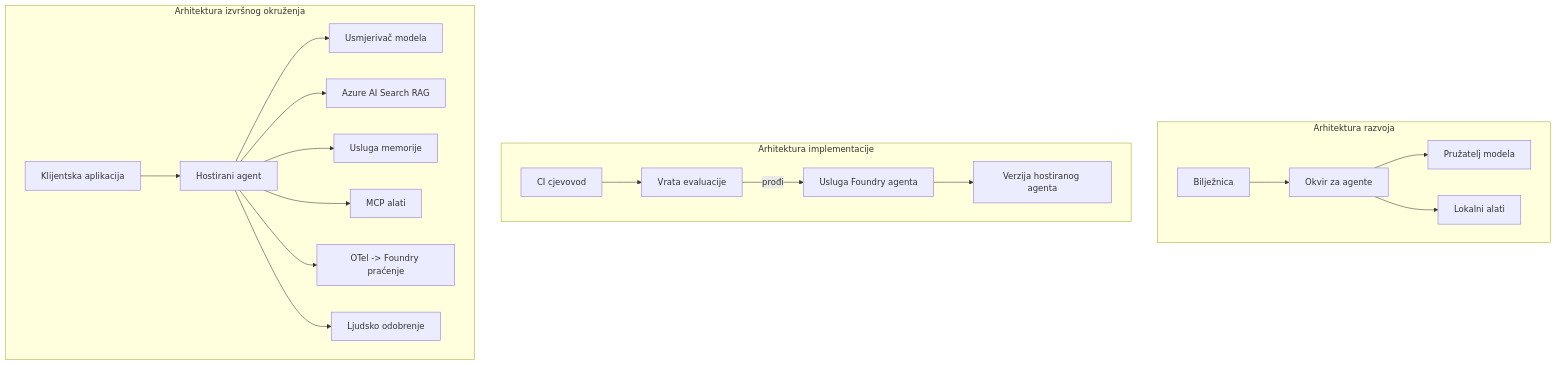
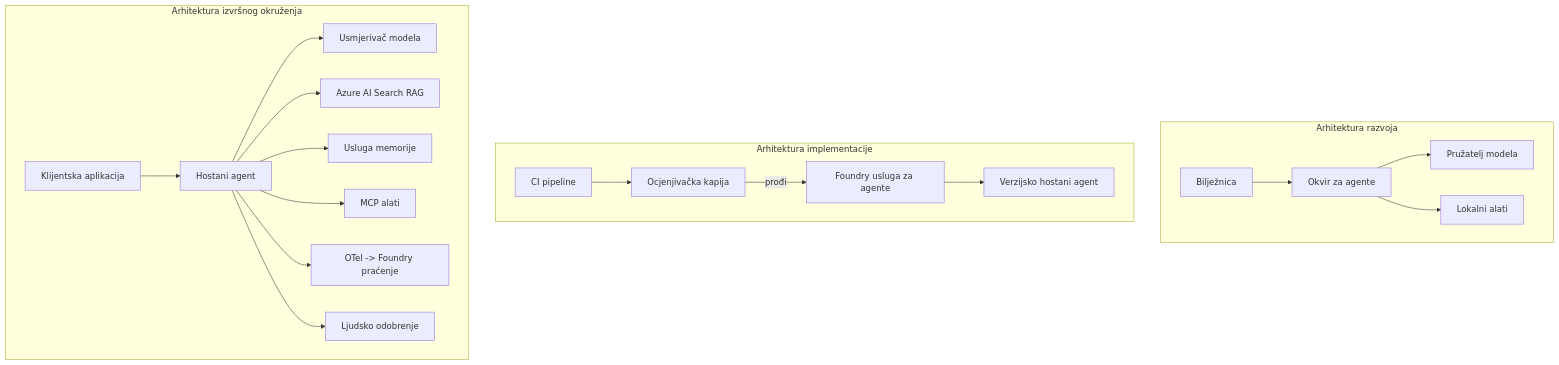
The fourth of 4 diagrams in mirrors/repos/microsoft@ai-agents-for-beginners/translations/hr/16-deploying-scalable-agents/README.md (gabrielmoreira/agent-skills-mirror), drawn with Mermaid before and after one commit. The commit also changed other lines of this file and 4262 other files, not shown here.

````diff
--- a/mirrors/repos/microsoft@ai-agents-for-beginners/translations/hr/16-deploying-scalable-agents/README.md
+++ b/mirrors/repos/microsoft@ai-agents-for-beginners/translations/hr/16-deploying-scalable-agents/README.md
@@ -185,22 +185,22 @@
 ```mermaid
 flowchart TB
     subgraph Dev[Arhitektura razvoja]
         D1[Bilježnica] --> D2[Okvir za agente]
         D2 --> D3[Pružatelj modela]
         D2 --> D4[Lokalni alati]
     end
     subgraph Deploy[Arhitektura implementacije]
-        E1[CI cjevovod] --> E2[Vrata evaluacije]
-        E2 -->|prođi| E3[Usluga Foundry agenta]
-        E3 --> E4[Verzija hostiranog agenta]
+        E1[CI pipeline] --> E2[Ocjenjivačka kapija]
+        E2 -->|prođi| E3[Foundry usluga za agente]
+        E3 --> E4[Verzijsko hostani agent]
     end
     subgraph Run[Arhitektura izvršnog okruženja]
-        F1[Klijentska aplikacija] --> F2[Hostirani agent]
+        F1[Klijentska aplikacija] --> F2[Hostani agent]
         F2 --> F3[Usmjerivač modela]
         F2 --> F4[Azure AI Search RAG]
         F2 --> F5[Usluga memorije]
         F2 --> F6[MCP alati]
         F2 --> F7[OTel -> Foundry praćenje]
         F2 --> F8[Ljudsko odobrenje]
     end
 ```
````
